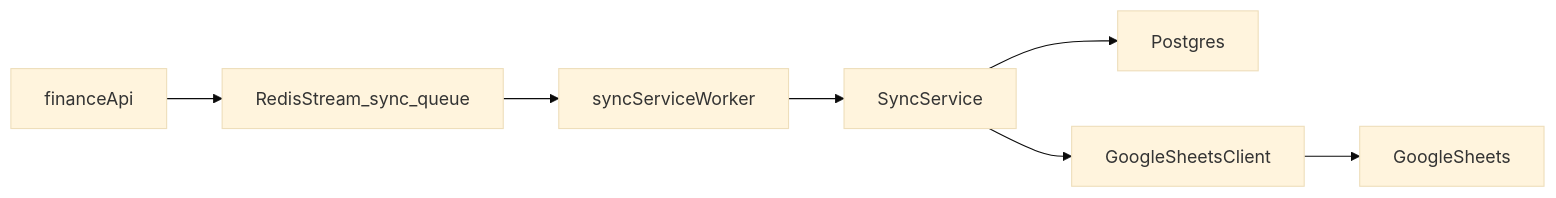
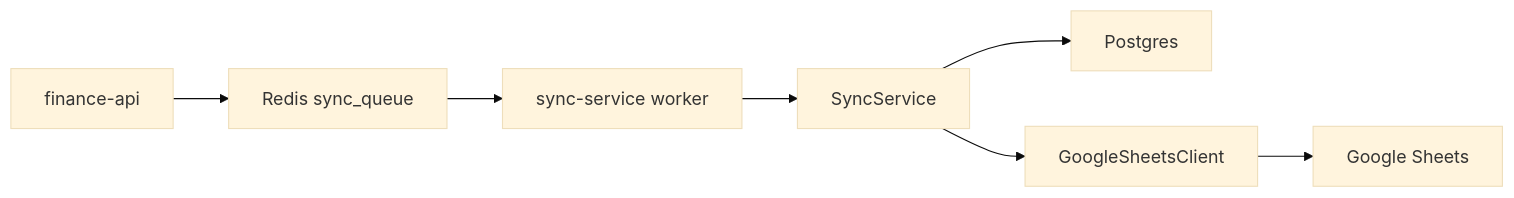
Before and after one commit to Briyantama/moon-eye: the diagram in backend/README.md, drawn with Mermaid (base theme). The commit also changed other lines of this file and 6 other files, not shown here.

First line of the commit message:
docs: add README, Makefile, configs, architecture doc and mockery v3 config

````diff
--- a/backend/README.md
+++ b/backend/README.md
@@ -86,9 +222,9 @@
 ```mermaid
 flowchart LR
-  financeAPI[financeApi] --> syncQueue[RedisStream_sync_queue]
-  syncQueue --> syncServiceWorker[syncServiceWorker]
+  financeAPI[finance-api] --> syncQueue[Redis sync_queue]
+  syncQueue --> syncServiceWorker[sync-service worker]
   syncServiceWorker --> syncService[SyncService]
   syncService --> postgres[Postgres]
   syncService --> sheetsClient[GoogleSheetsClient]
-  sheetsClient --> googleSheets[GoogleSheets]
+  sheetsClient --> googleSheets[Google Sheets]
 ```
````
